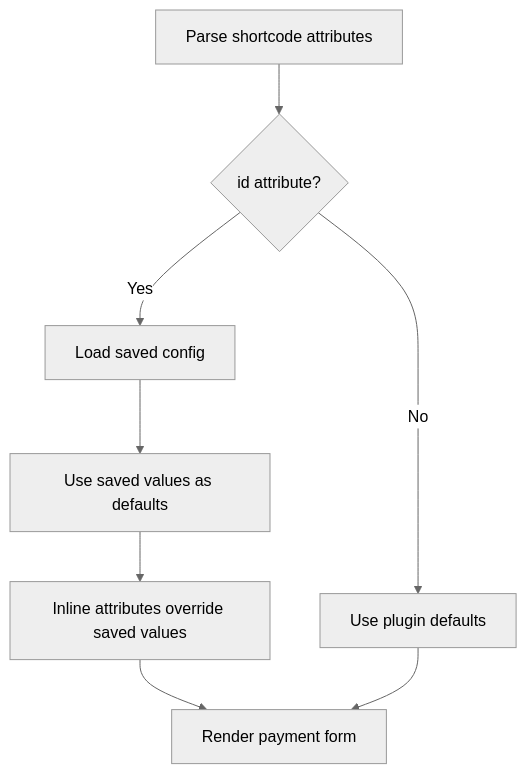
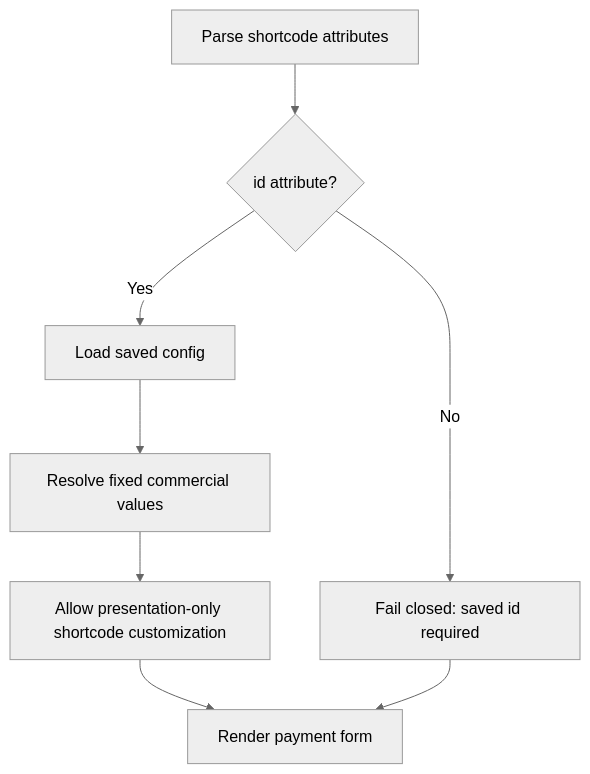
The third of 5 diagrams in docs/DEVELOPER-GUIDE.md (cemililik/nicepay-paymentgateway-wordpress-plugin), drawn with Mermaid (neutral theme) before and after one commit. The commit also changed other lines of this file and 109 other files, not shown here.

````diff
--- a/docs/DEVELOPER-GUIDE.md
+++ b/docs/DEVELOPER-GUIDE.md
@@ -286,10 +278,10 @@
 ```mermaid
 flowchart TD
     A[Parse shortcode attributes] --> B{id attribute?}
     B -->|Yes| C[Load saved config]
-    C --> D[Use saved values as defaults]
-    D --> E[Inline attributes override saved values]
-    B -->|No| F[Use plugin defaults]
+    C --> D[Resolve fixed commercial values]
+    D --> E[Allow presentation-only shortcode customization]
+    B -->|No| F[Fail closed: saved id required]
     E --> G[Render payment form]
     F --> G
 ```
````
